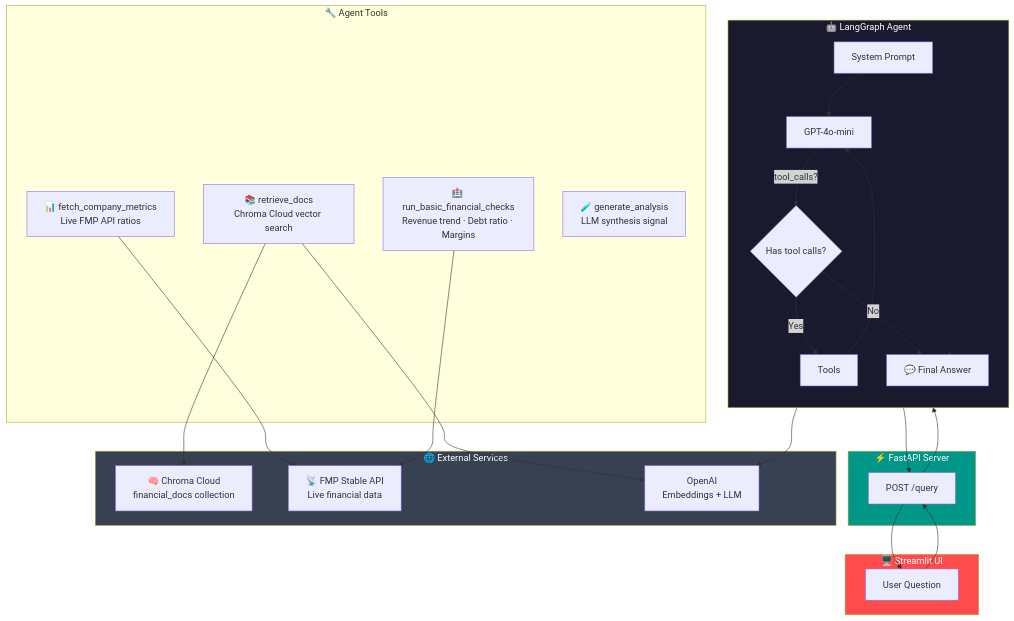
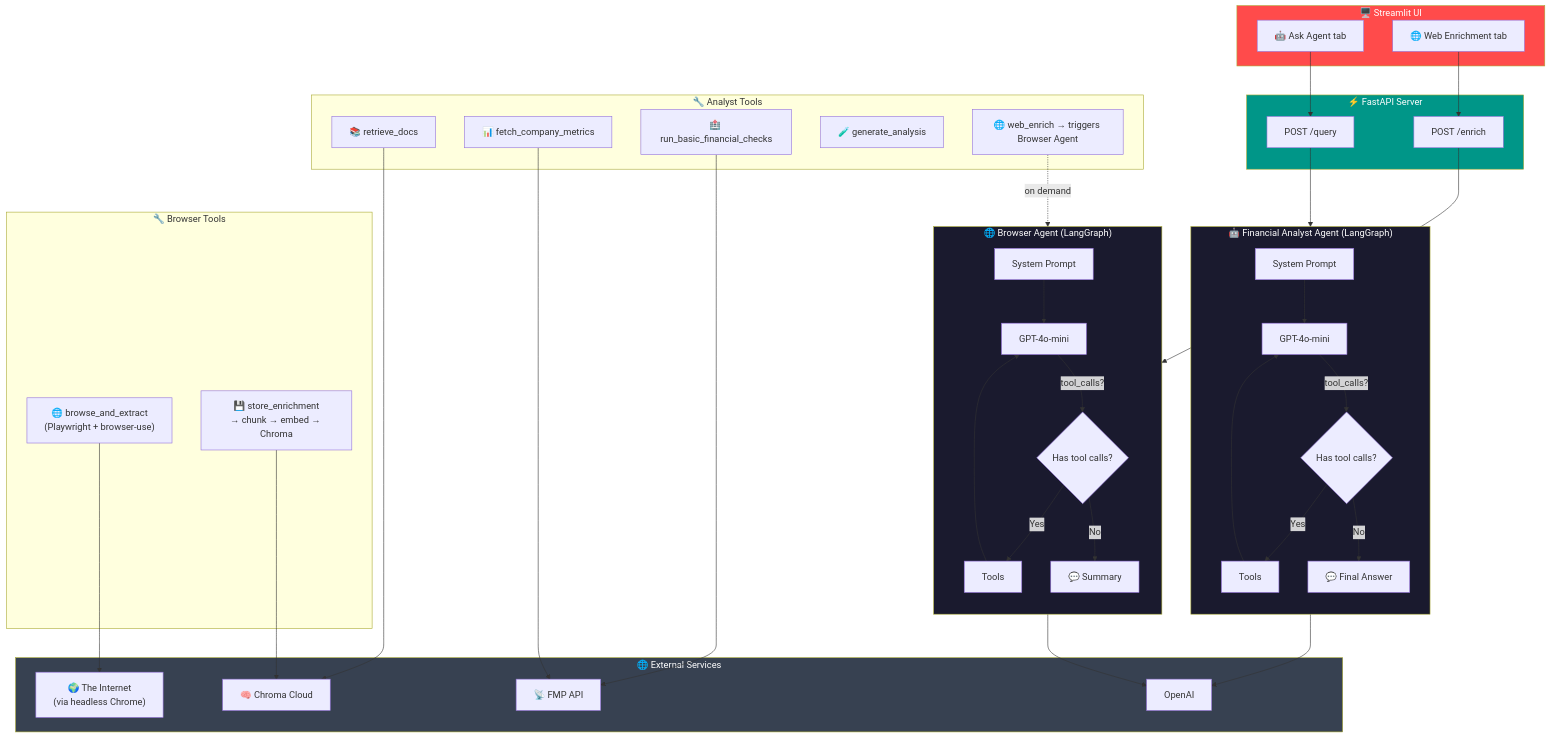
One commit to maiduydung/financial_agents changed the first of 3 diagrams in README.md. Above: the diagram before and after it, drawn with Mermaid. The commit also changed other lines of this file and 7 other files, not shown here.

First line of the commit message:
Add browser agent for on-demand web enrichment

````diff
--- a/README.md
+++ b/README.md
@@ -7,45 +7,66 @@
 ```mermaid
 flowchart TD
     subgraph ui["🖥️ Streamlit UI"]
-        U[User Question]
+        U1["🤖 Ask Agent tab"]
+        U2["🌐 Web Enrichment tab"]
     end
 
     subgraph api["⚡ FastAPI Server"]
-        A["POST /query"]
+        A1["POST /query"]
+        A2["POST /enrich"]
     end
 
-    subgraph agent["🤖 LangGraph Agent"]
+    subgraph analyst["🤖 Financial Analyst Agent (LangGraph)"]
         direction TB
-        S[System Prompt] --> LLM["GPT-4o-mini"]
-        LLM -->|tool_calls?| Decision{Has tool calls?}
-        Decision -->|Yes| Tools
-        Decision -->|No| Answer["💬 Final Answer"]
-        Tools --> LLM
+        S1[System Prompt] --> LLM1["GPT-4o-mini"]
+        LLM1 -->|tool_calls?| D1{Has tool calls?}
+        D1 -->|Yes| T1[Tools]
+        D1 -->|No| Ans1["💬 Final Answer"]
+        T1 --> LLM1
     end
 
-    subgraph tools["🔧 Agent Tools"]
-        T1["📚 retrieve_docs\nChroma Cloud vector search"]
-        T2["📊 fetch_company_metrics\nLive FMP API ratios"]
-        T3["🏥 run_basic_financial_checks\nRevenue trend · Debt ratio · Margins"]
-        T4["🧪 generate_analysis\nLLM synthesis signal"]
+    subgraph browser["🌐 Browser Agent (LangGraph)"]
+        direction TB
+        S2[System Prompt] --> LLM2["GPT-4o-mini"]
+        LLM2 -->|tool_calls?| D2{Has tool calls?}
+        D2 -->|Yes| T2[Tools]
+        D2 -->|No| Ans2["💬 Summary"]
+        T2 --> LLM2
+    end
+
+    subgraph analyst_tools["🔧 Analyst Tools"]
+        AT1["📚 retrieve_docs"]
+        AT2["📊 fetch_company_metrics"]
+        AT3["🏥 run_basic_financial_checks"]
+        AT4["🧪 generate_analysis"]
+        AT5["🌐 web_enrich → triggers Browser Agent"]
+    end
+
+    subgraph browser_tools["🔧 Browser Tools"]
+        BT1["🌐 browse_and_extract\n(Playwright + browser-use)"]
+        BT2["💾 store_enrichment\n→ chunk → embed → Chroma"]
     end
 
     subgraph external["🌐 External Services"]
-        Chroma["🧠 Chroma Cloud\nfinancial_docs collection"]
-        FMP["📡 FMP Stable API\nLive financial data"]
-        OAI["OpenAI\nEmbeddings + LLM"]
+        Chroma["🧠 Chroma Cloud"]
+        FMP["📡 FMP API"]
+        OAI["OpenAI"]
+        Web["🌍 The Internet\n(via headless Chrome)"]
     end
 
-    U --> A --> agent
-    T1 --> Chroma
-    T1 --> OAI
-    T2 --> FMP
-    T3 --> FMP
-    LLM --> OAI
-    agent --> Answer --> A --> U
+    U1 --> A1 --> analyst
+    U2 --> A2 --> browser
+    AT5 -.->|on demand| browser
+
+    AT1 --> Chroma
+    AT2 & AT3 --> FMP
+    BT1 --> Web
+    BT2 --> Chroma
+    LLM1 & LLM2 --> OAI
 
     style ui fill:#ff4b4b,color:#fff
     style api fill:#009688,color:#fff
-    style agent fill:#1a1a2e,color:#fff
+    style analyst fill:#1a1a2e,color:#fff
+    style browser fill:#1a1a2e,color:#fff
     style external fill:#374151,color:#fff
 ```
````
